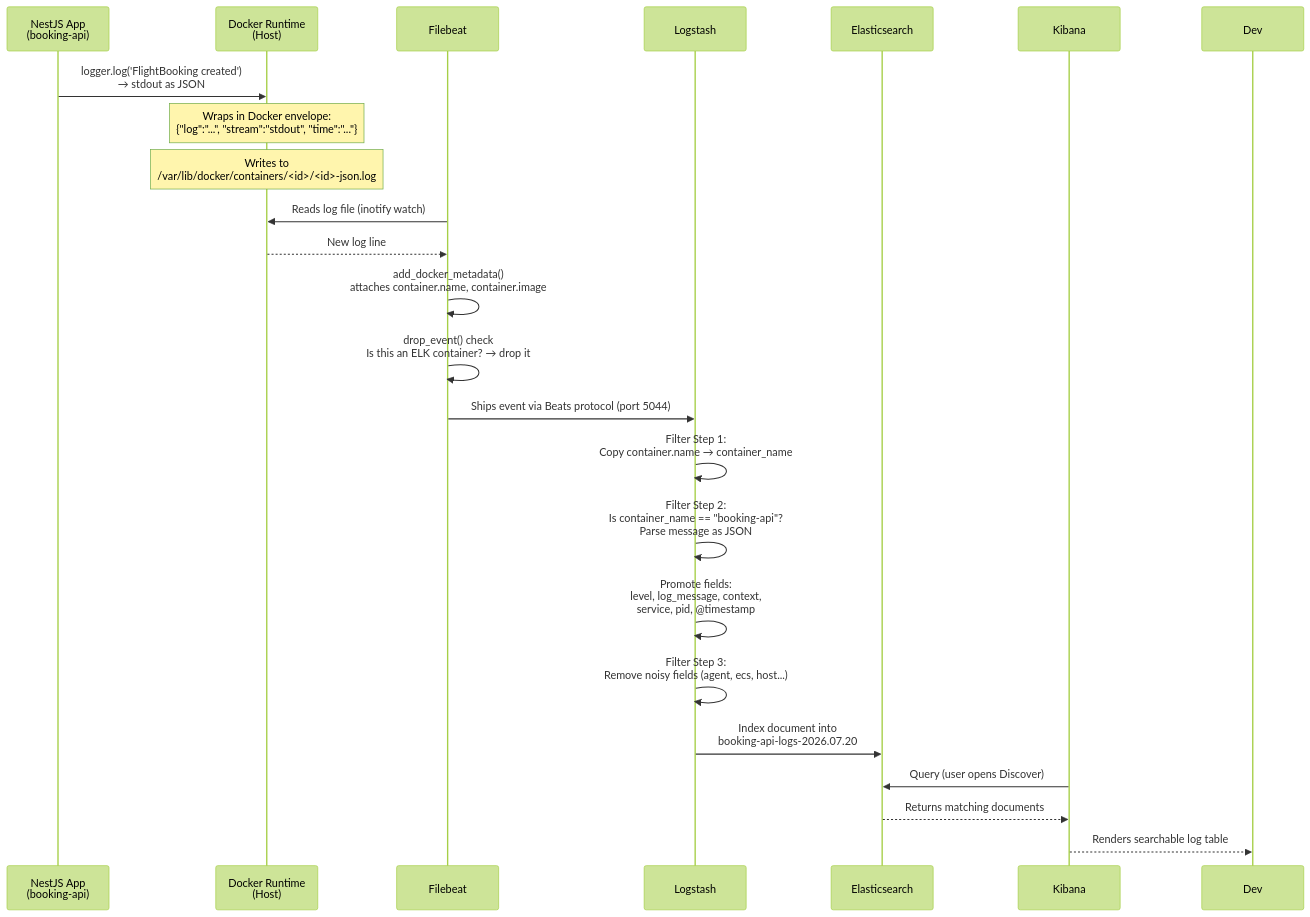
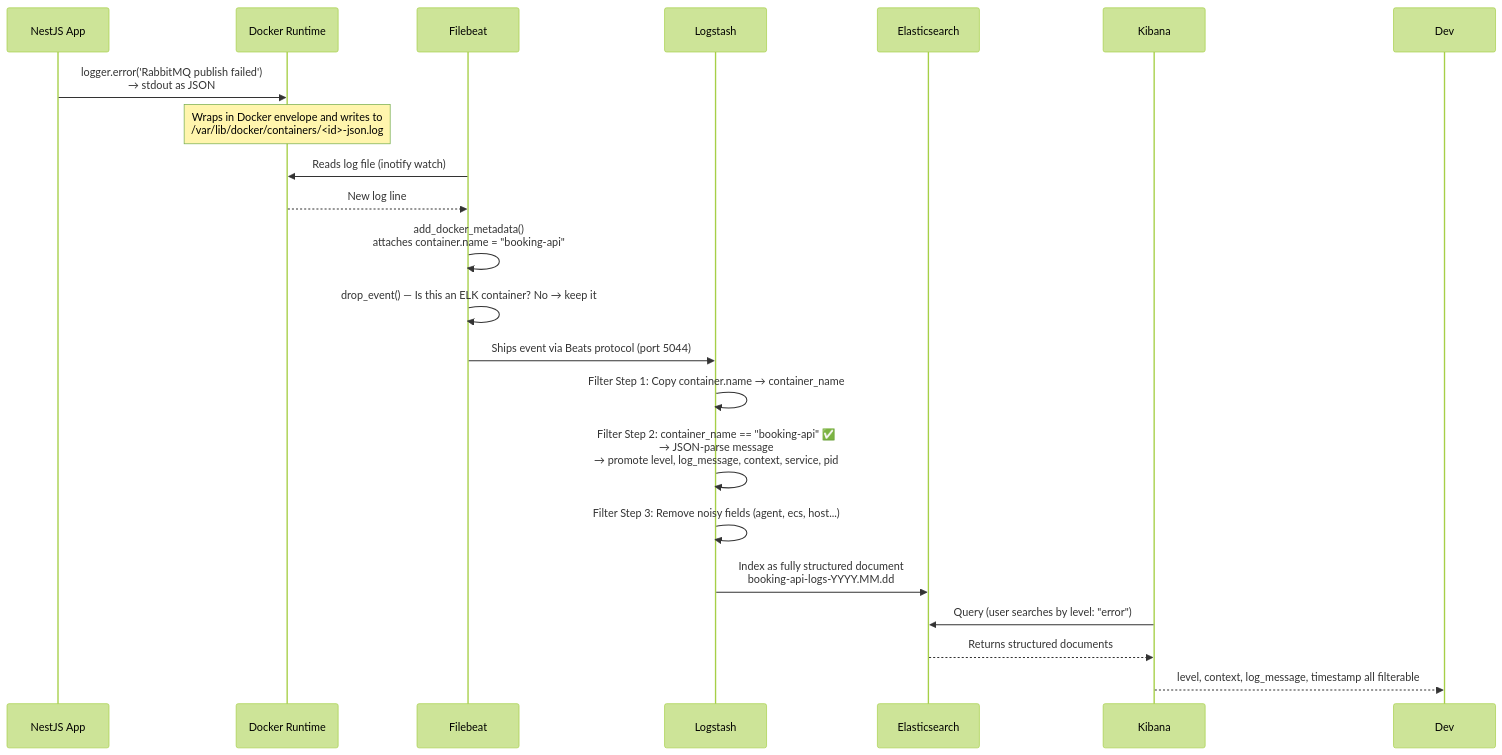
The second of 8 diagrams in ELK-Stack-Documentation.md (RedaAwwad/Booking-System), drawn with Mermaid (forest theme) before and after one commit. The commit also changed other lines of this file, not shown here.

Commit message:
fix elk docs #2

````diff
--- a/ELK-Stack-Documentation.md
+++ b/ELK-Stack-Documentation.md
@@ -115,30 +125,27 @@
 ```mermaid
 sequenceDiagram
-    participant App as NestJS App<br/>(booking-api)
-    participant Docker as Docker Runtime<br/>(Host)
+    participant App as NestJS App
+    participant Docker as Docker Runtime
     participant FB as Filebeat
     participant LS as Logstash
     participant ES as Elasticsearch
     participant KB as Kibana
 
-    App->>Docker: logger.log('FlightBooking created')<br/>→ stdout as JSON
-    Note over Docker: Wraps in Docker envelope:<br/>{"log":"...", "stream":"stdout", "time":"..."}
-    Note over Docker: Writes to<br/>/var/lib/docker/containers/<id>/<id>-json.log
+    App->>Docker: logger.error('RabbitMQ publish failed')<br/>→ stdout as JSON
+    Note over Docker: Wraps in Docker envelope and writes to<br/>/var/lib/docker/containers/<id>-json.log
 
     FB->>Docker: Reads log file (inotify watch)
     Docker-->>FB: New log line
-    FB->>FB: add_docker_metadata()<br/>attaches container.name, container.image
-    FB->>FB: drop_event() check<br/>Is this an ELK container? → drop it
+    FB->>FB: add_docker_metadata()<br/>attaches container.name = "booking-api"
+    FB->>FB: drop_event() — Is this an ELK container? No → keep it
     FB->>LS: Ships event via Beats protocol (port 5044)
 
-    LS->>LS: Filter Step 1:<br/>Copy container.name → container_name
-    LS->>LS: Filter Step 2:<br/>Is container_name == "booking-api"?<br/>Parse message as JSON
-    LS->>LS: Promote fields:<br/>level, log_message, context,<br/>service, pid, @timestamp
-    LS->>LS: Filter Step 3:<br/>Remove noisy fields (agent, ecs, host...)
+    LS->>LS: Filter Step 1: Copy container.name → container_name
+    LS->>LS: Filter Step 2: container_name == "booking-api" ✅<br/>→ JSON-parse message<br/>→ promote level, log_message, context, service, pid
+    LS->>LS: Filter Step 3: Remove noisy fields (agent, ecs, host...)
+    LS->>ES: Index as fully structured document<br/>booking-api-logs-YYYY.MM.dd
 
-    LS->>ES: Index document into<br/>booking-api-logs-2026.07.20
-
-    KB->>ES: Query (user opens Discover)
-    ES-->>KB: Returns matching documents
-    KB-->>Dev: Renders searchable log table
+    KB->>ES: Query (user searches by level: "error")
+    ES-->>KB: Returns structured documents
+    KB-->>Dev: level, context, log_message, timestamp all filterable
 ```
````
